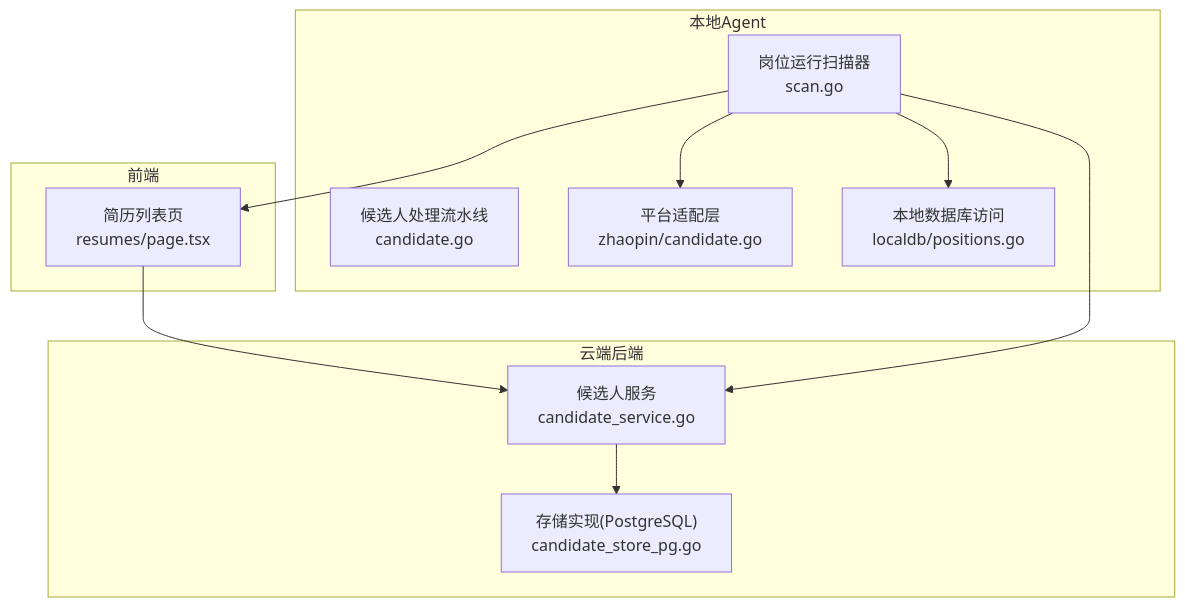
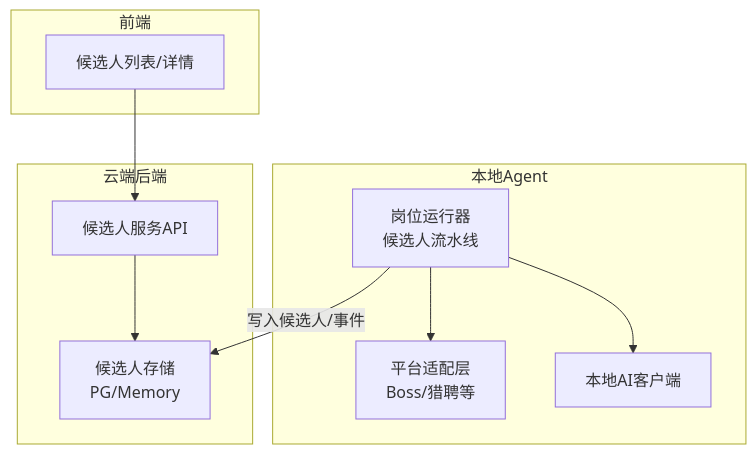
The first of 10 diagrams in .qoder/repowiki/zh/content/本地执行器/平台适配器/前程无忧适配器/候选人处理.md (alvinwangzi/goodhr), drawn with Mermaid before and after one commit. The commit also changed other lines of this file and 149 other files, not shown here.

````diff
--- a/.qoder/repowiki/zh/content/本地执行器/平台适配器/前程无忧适配器/候选人处理.md
+++ b/.qoder/repowiki/zh/content/本地执行器/平台适配器/前程无忧适配器/候选人处理.md
@@ -38,22 +40,20 @@
 ```mermaid
 graph TB
 subgraph "本地Agent"
-A["岗位运行扫描器<br/>scan.go"]
-B["候选人处理流水线<br/>candidate.go"]
-C["平台适配层<br/>zhaopin/candidate.go"]
-D["本地数据库访问<br/>localdb/positions.go"]
+PR["岗位运行器<br/>候选人流水线"]
+PLAT["平台适配层<br/>Boss/猎聘等"]
+AI["本地AI客户端"]
 end
 subgraph "云端后端"
-E["候选人服务<br/>candidate_service.go"]
-F["存储实现(PostgreSQL)<br/>candidate_store_pg.go"]
+API["候选人服务API"]
+STORE["候选人存储<br/>PG/Memory"]
 end
 subgraph "前端"
-G["简历列表页<br/>resumes/page.tsx"]
+UI["候选人列表/详情"]
 end
-G --> E
-E --> F
-A --> C
-A --> D
-A --> E
-A --> G
+PR --> PLAT
+PR --> AI
+PR --> |写入候选人/事件| STORE
+API --> STORE
+UI --> API
 ```
````
